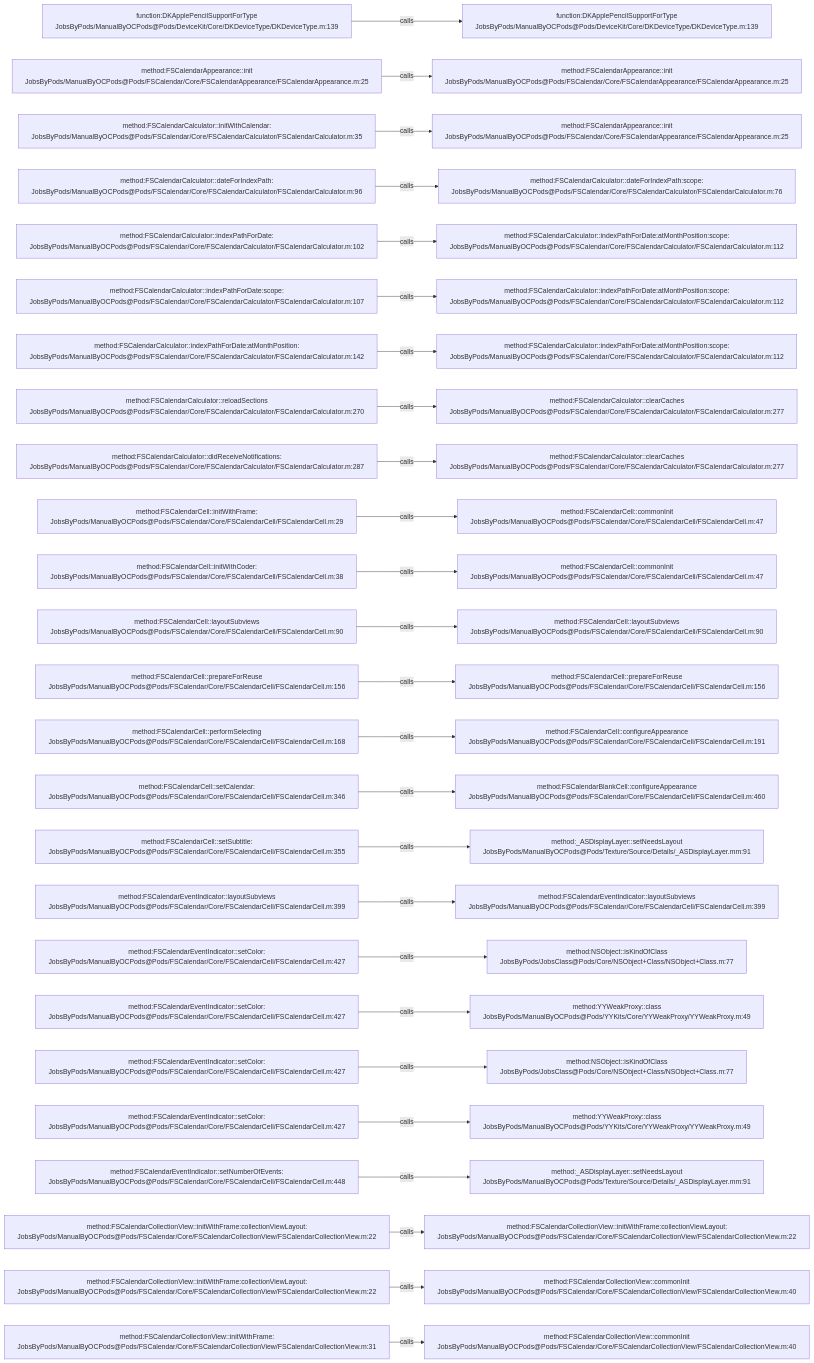
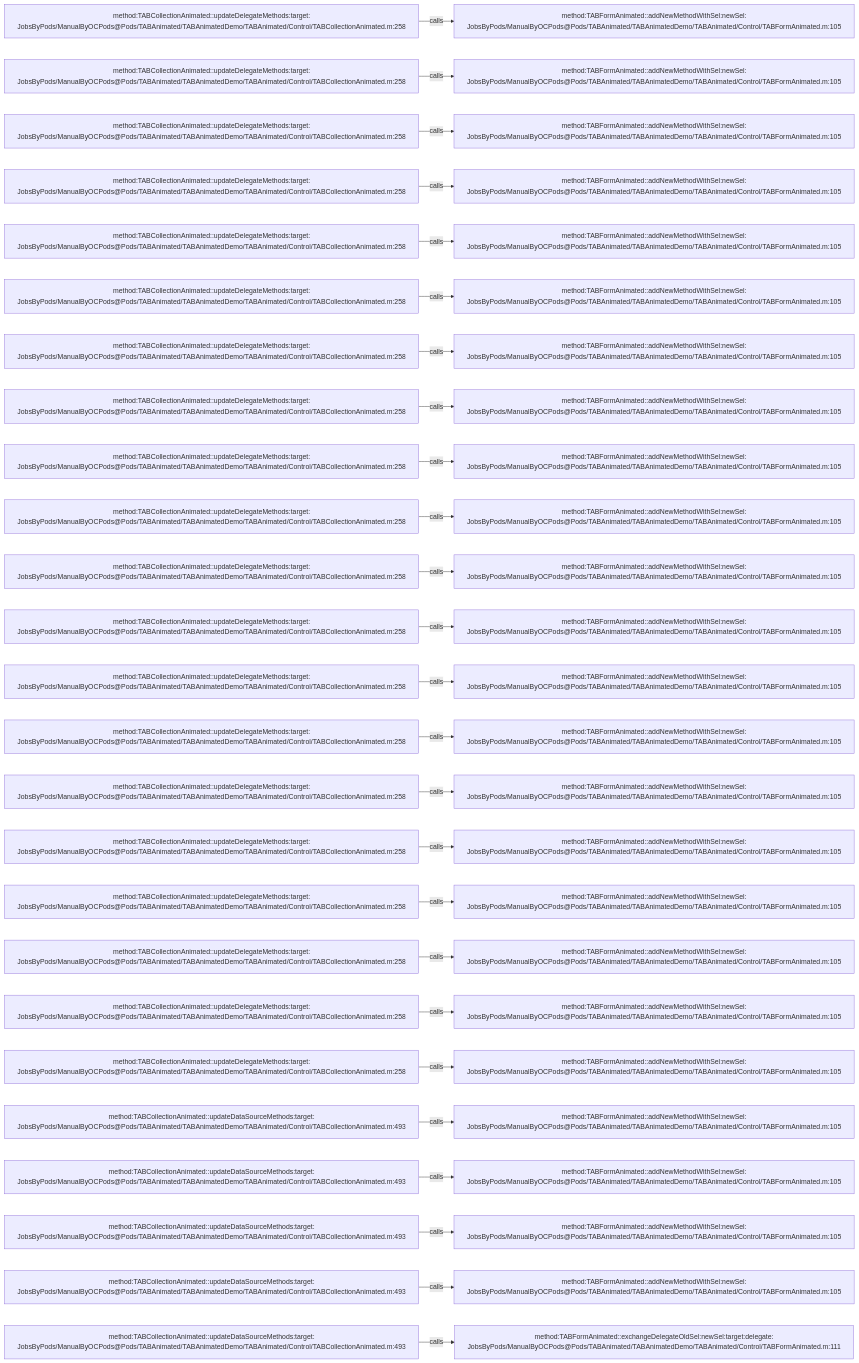
One commit to JobsKits/JobsOCBaseConfigDemo changed the diagram in .codegraph/codegraph.md/graphs/calls-015.md. Above: the diagram before and after it, drawn with Mermaid. The commit also changed 1448 other files, not shown here.

````diff
--- a/.codegraph/codegraph.md/graphs/calls-015.md
+++ b/.codegraph/codegraph.md/graphs/calls-015.md
@@ -13,78 +13,78 @@
 ```mermaid
 flowchart LR
-  S1["function:DKApplePencilSupportForType<br/>JobsByPods/ManualByOCPods@Pods/DeviceKit/Core/DKDeviceType/DKDeviceType.m:139"]
-  T1["function:DKApplePencilSupportForType<br/>JobsByPods/ManualByOCPods@Pods/DeviceKit/Core/DKDeviceType/DKDeviceType.m:139"]
+  S1["method:TABCollectionAnimated::updateDelegateMethods:target:<br/>JobsByPods/ManualByOCPods@Pods/TABAnimated/TABAnimatedDemo/TABAnimated/Control/TABCollectionAnimated.m:258"]
+  T1["method:TABFormAnimated::addNewMethodWithSel:newSel:<br/>JobsByPods/ManualByOCPods@Pods/TABAnimated/TABAnimatedDemo/TABAnimated/Control/TABFormAnimated.m:105"]
   S1 -->|calls| T1
-  S2["method:FSCalendarAppearance::init<br/>JobsByPods/ManualByOCPods@Pods/FSCalendar/Core/FSCalendarAppearance/FSCalendarAppearance.m:25"]
-  T2["method:FSCalendarAppearance::init<br/>JobsByPods/ManualByOCPods@Pods/FSCalendar/Core/FSCalendarAppearance/FSCalendarAppearance.m:25"]
+  S2["method:TABCollectionAnimated::updateDelegateMethods:target:<br/>JobsByPods/ManualByOCPods@Pods/TABAnimated/TABAnimatedDemo/TABAnimated/Control/TABCollectionAnimated.m:258"]
+  T2["method:TABFormAnimated::addNewMethodWithSel:newSel:<br/>JobsByPods/ManualByOCPods@Pods/TABAnimated/TABAnimatedDemo/TABAnimated/Control/TABFormAnimated.m:105"]
   S2 -->|calls| T2
-  S3["method:FSCalendarCalculator::initWithCalendar:<br/>JobsByPods/ManualByOCPods@Pods/FSCalendar/Core/FSCalendarCalculator/FSCalendarCalculator.m:35"]
-  T3["method:FSCalendarAppearance::init<br/>JobsByPods/ManualByOCPods@Pods/FSCalendar/Core/FSCalendarAppearance/FSCalendarAppearance.m:25"]
+  S3["method:TABCollectionAnimated::updateDelegateMethods:target:<br/>JobsByPods/ManualByOCPods@Pods/TABAnimated/TABAnimatedDemo/TABAnimated/Control/TABCollectionAnimated.m:258"]
+  T3["method:TABFormAnimated::addNewMethodWithSel:newSel:<br/>JobsByPods/ManualByOCPods@Pods/TABAnimated/TABAnimatedDemo/TABAnimated/Control/TABFormAnimated.m:105"]
   S3 -->|calls| T3
-  S4["method:FSCalendarCalculator::dateForIndexPath:<br/>JobsByPods/ManualByOCPods@Pods/FSCalendar/Core/FSCalendarCalculator/FSCalendarCalculator.m:96"]
-  T4["method:FSCalendarCalculator::dateForIndexPath:scope:<br/>JobsByPods/ManualByOCPods@Pods/FSCalendar/Core/FSCalendarCalculator/FSCalendarCalculator.m:76"]
+  S4["method:TABCollectionAnimated::updateDelegateMethods:target:<br/>JobsByPods/ManualByOCPods@Pods/TABAnimated/TABAnimatedDemo/TABAnimated/Control/TABCollectionAnimated.m:258"]
+  T4["method:TABFormAnimated::addNewMethodWithSel:newSel:<br/>JobsByPods/ManualByOCPods@Pods/TABAnimated/TABAnimatedDemo/TABAnimated/Control/TABFormAnimated.m:105"]
   S4 -->|calls| T4
-  S5["method:FSCalendarCalculator::indexPathForDate:<br/>JobsByPods/ManualByOCPods@Pods/FSCalendar/Core/FSCalendarCalculator/FSCalendarCalculator.m:102"]
-  T5["method:FSCalendarCalculator::indexPathForDate:atMonthPosition:scope:<br/>JobsByPods/ManualByOCPods@Pods/FSCalendar/Core/FSCalendarCalculator/FSCalendarCalculator.m:112"]
+  S5["method:TABCollectionAnimated::updateDelegateMethods:target:<br/>JobsByPods/ManualByOCPods@Pods/TABAnimated/TABAnimatedDemo/TABAnimated/Control/TABCollectionAnimated.m:258"]
+  T5["method:TABFormAnimated::addNewMethodWithSel:newSel:<br/>JobsByPods/ManualByOCPods@Pods/TABAnimated/TABAnimatedDemo/TABAnimated/Control/TABFormAnimated.m:105"]
   S5 -->|calls| T5
-  S6["method:FSCalendarCalculator::indexPathForDate:scope:<br/>JobsByPods/ManualByOCPods@Pods/FSCalendar/Core/FSCalendarCalculator/FSCalendarCalculator.m:107"]
-  T6["method:FSCalendarCalculator::indexPathForDate:atMonthPosition:scope:<br/>JobsByPods/ManualByOCPods@Pods/FSCalendar/Core/FSCalendarCalculator/FSCalendarCalculator.m:112"]
+  S6["method:TABCollectionAnimated::updateDelegateMethods:target:<br/>JobsByPods/ManualByOCPods@Pods/TABAnimated/TABAnimatedDemo/TABAnimated/Control/TABCollectionAnimated.m:258"]
+  T6["method:TABFormAnimated::addNewMethodWithSel:newSel:<br/>JobsByPods/ManualByOCPods@Pods/TABAnimated/TABAnimatedDemo/TABAnimated/Control/TABFormAnimated.m:105"]
   S6 -->|calls| T6
-  S7["method:FSCalendarCalculator::indexPathForDate:atMonthPosition:<br/>JobsByPods/ManualByOCPods@Pods/FSCalendar/Core/FSCalendarCalculator/FSCalendarCalculator.m:142"]
-  T7["method:FSCalendarCalculator::indexPathForDate:atMonthPosition:scope:<br/>JobsByPods/ManualByOCPods@Pods/FSCalendar/Core/FSCalendarCalculator/FSCalendarCalculator.m:112"]
+  S7["method:TABCollectionAnimated::updateDelegateMethods:target:<br/>JobsByPods/ManualByOCPods@Pods/TABAnimated/TABAnimatedDemo/TABAnimated/Control/TABCollectionAnimated.m:258"]
+  T7["method:TABFormAnimated::addNewMethodWithSel:newSel:<br/>JobsByPods/ManualByOCPods@Pods/TABAnimated/TABAnimatedDemo/TABAnimated/Control/TABFormAnimated.m:105"]
   S7 -->|calls| T7
-  S8["method:FSCalendarCalculator::reloadSections<br/>JobsByPods/ManualByOCPods@Pods/FSCalendar/Core/FSCalendarCalculator/FSCalendarCalculator.m:270"]
-  T8["method:FSCalendarCalculator::clearCaches<br/>JobsByPods/ManualByOCPods@Pods/FSCalendar/Core/FSCalendarCalculator/FSCalendarCalculator.m:277"]
+  S8["method:TABCollectionAnimated::updateDelegateMethods:target:<br/>JobsByPods/ManualByOCPods@Pods/TABAnimated/TABAnimatedDemo/TABAnimated/Control/TABCollectionAnimated.m:258"]
+  T8["method:TABFormAnimated::addNewMethodWithSel:newSel:<br/>JobsByPods/ManualByOCPods@Pods/TABAnimated/TABAnimatedDemo/TABAnimated/Control/TABFormAnimated.m:105"]
   S8 -->|calls| T8
-  S9["method:FSCalendarCalculator::didReceiveNotifications:<br/>JobsByPods/ManualByOCPods@Pods/FSCalendar/Core/FSCalendarCalculator/FSCalendarCalculator.m:287"]
-  T9["method:FSCalendarCalculator::clearCaches<br/>JobsByPods/ManualByOCPods@Pods/FSCalendar/Core/FSCalendarCalculator/FSCalendarCalculator.m:277"]
+  S9["method:TABCollectionAnimated::updateDelegateMethods:target:<br/>JobsByPods/ManualByOCPods@Pods/TABAnimated/TABAnimatedDemo/TABAnimated/Control/TABCollectionAnimated.m:258"]
+  T9["method:TABFormAnimated::addNewMethodWithSel:newSel:<br/>JobsByPods/ManualByOCPods@Pods/TABAnimated/TABAnimatedDemo/TABAnimated/Control/TABFormAnimated.m:105"]
   S9 -->|calls| T9
-  S10["method:FSCalendarCell::initWithFrame:<br/>JobsByPods/ManualByOCPods@Pods/FSCalendar/Core/FSCalendarCell/FSCalendarCell.m:29"]
-  T10["method:FSCalendarCell::commonInit<br/>JobsByPods/ManualByOCPods@Pods/FSCalendar/Core/FSCalendarCell/FSCalendarCell.m:47"]
+  S10["method:TABCollectionAnimated::updateDelegateMethods:target:<br/>JobsByPods/ManualByOCPods@Pods/TABAnimated/TABAnimatedDemo/TABAnimated/Control/TABCollectionAnimated.m:258"]
+  T10["method:TABFormAnimated::addNewMethodWithSel:newSel:<br/>JobsByPods/ManualByOCPods@Pods/TABAnimated/TABAnimatedDemo/TABAnimated/Control/TABFormAnimated.m:105"]
   S10 -->|calls| T10
-  S11["method:FSCalendarCell::initWithCoder:<br/>JobsByPods/ManualByOCPods@Pods/FSCalendar/Core/FSCalendarCell/FSCalendarCell.m:38"]
-  T11["method:FSCalendarCell::commonInit<br/>JobsByPods/ManualByOCPods@Pods/FSCalendar/Core/FSCalendarCell/FSCalendarCell.m:47"]
+  S11["method:TABCollectionAnimated::updateDelegateMethods:target:<br/>JobsByPods/ManualByOCPods@Pods/TABAnimated/TABAnimatedDemo/TABAnimated/Control/TABCollectionAnimated.m:258"]
+  T11["method:TABFormAnimated::addNewMethodWithSel:newSel:<br/>JobsByPods/ManualByOCPods@Pods/TABAnimated/TABAnimatedDemo/TABAnimated/Control/TABFormAnimated.m:105"]
   S11 -->|calls| T11
-  S12["method:FSCalendarCell::layoutSubviews<br/>JobsByPods/ManualByOCPods@Pods/FSCalendar/Core/FSCalendarCell/FSCalendarCell.m:90"]
-  T12["method:FSCalendarCell::layoutSubviews<br/>JobsByPods/ManualByOCPods@Pods/FSCalendar/Core/FSCalendarCell/FSCalendarCell.m:90"]
+  S12["method:TABCollectionAnimated::updateDelegateMethods:target:<br/>JobsByPods/ManualByOCPods@Pods/TABAnimated/TABAnimatedDemo/TABAnimated/Control/TABCollectionAnimated.m:258"]
+  T12["method:TABFormAnimated::addNewMethodWithSel:newSel:<br/>JobsByPods/ManualByOCPods@Pods/TABAnimated/TABAnimatedDemo/TABAnimated/Control/TABFormAnimated.m:105"]
   S12 -->|calls| T12
-  S13["method:FSCalendarCell::prepareForReuse<br/>JobsByPods/ManualByOCPods@Pods/FSCalendar/Core/FSCalendarCell/FSCalendarCell.m:156"]
-  T13["method:FSCalendarCell::prepareForReuse<br/>JobsByPods/ManualByOCPods@Pods/FSCalendar/Core/FSCalendarCell/FSCalendarCell.m:156"]
+  S13["method:TABCollectionAnimated::updateDelegateMethods:target:<br/>JobsByPods/ManualByOCPods@Pods/TABAnimated/TABAnimatedDemo/TABAnimated/Control/TABCollectionAnimated.m:258"]
+  T13["method:TABFormAnimated::addNewMethodWithSel:newSel:<br/>JobsByPods/ManualByOCPods@Pods/TABAnimated/TABAnimatedDemo/TABAnimated/Control/TABFormAnimated.m:105"]
   S13 -->|calls| T13
-  S14["method:FSCalendarCell::performSelecting<br/>JobsByPods/ManualByOCPods@Pods/FSCalendar/Core/FSCalendarCell/FSCalendarCell.m:168"]
-  T14["method:FSCalendarCell::configureAppearance<br/>JobsByPods/ManualByOCPods@Pods/FSCalendar/Core/FSCalendarCell/FSCalendarCell.m:191"]
+  S14["method:TABCollectionAnimated::updateDelegateMethods:target:<br/>JobsByPods/ManualByOCPods@Pods/TABAnimated/TABAnimatedDemo/TABAnimated/Control/TABCollectionAnimated.m:258"]
+  T14["method:TABFormAnimated::addNewMethodWithSel:newSel:<br/>JobsByPods/ManualByOCPods@Pods/TABAnimated/TABAnimatedDemo/TABAnimated/Control/TABFormAnimated.m:105"]
   S14 -->|calls| T14
-  S15["method:FSCalendarCell::setCalendar:<br/>JobsByPods/ManualByOCPods@Pods/FSCalendar/Core/FSCalendarCell/FSCalendarCell.m:346"]
-  T15["method:FSCalendarBlankCell::configureAppearance<br/>JobsByPods/ManualByOCPods@Pods/FSCalendar/Core/FSCalendarCell/FSCalendarCell.m:460"]
+  S15["method:TABCollectionAnimated::updateDelegateMethods:target:<br/>JobsByPods/ManualByOCPods@Pods/TABAnimated/TABAnimatedDemo/TABAnimated/Control/TABCollectionAnimated.m:258"]
+  T15["method:TABFormAnimated::addNewMethodWithSel:newSel:<br/>JobsByPods/ManualByOCPods@Pods/TABAnimated/TABAnimatedDemo/TABAnimated/Control/TABFormAnimated.m:105"]
   S15 -->|calls| T15
-  S16["method:FSCalendarCell::setSubtitle:<br/>JobsByPods/ManualByOCPods@Pods/FSCalendar/Core/FSCalendarCell/FSCalendarCell.m:355"]
-  T16["method:_ASDisplayLayer::setNeedsLayout<br/>JobsByPods/ManualByOCPods@Pods/Texture/Source/Details/_ASDisplayLayer.mm:91"]
+  S16["method:TABCollectionAnimated::updateDelegateMethods:target:<br/>JobsByPods/ManualByOCPods@Pods/TABAnimated/TABAnimatedDemo/TABAnimated/Control/TABCollectionAnimated.m:258"]
+  T16["method:TABFormAnimated::addNewMethodWithSel:newSel:<br/>JobsByPods/ManualByOCPods@Pods/TABAnimated/TABAnimatedDemo/TABAnimated/Control/TABFormAnimated.m:105"]
   S16 -->|calls| T16
-  S17["method:FSCalendarEventIndicator::layoutSubviews<br/>JobsByPods/ManualByOCPods@Pods/FSCalendar/Core/FSCalendarCell/FSCalendarCell.m:399"]
-  T17["method:FSCalendarEventIndicator::layoutSubviews<br/>JobsByPods/ManualByOCPods@Pods/FSCalendar/Core/FSCalendarCell/FSCalendarCell.m:399"]
+  S17["method:TABCollectionAnimated::updateDelegateMethods:target:<br/>JobsByPods/ManualByOCPods@Pods/TABAnimated/TABAnimatedDemo/TABAnimated/Control/TABCollectionAnimated.m:258"]
+  T17["method:TABFormAnimated::addNewMethodWithSel:newSel:<br/>JobsByPods/ManualByOCPods@Pods/TABAnimated/TABAnimatedDemo/TABAnimated/Control/TABFormAnimated.m:105"]
   S17 -->|calls| T17
-  S18["method:FSCalendarEventIndicator::setColor:<br/>JobsByPods/ManualByOCPods@Pods/FSCalendar/Core/FSCalendarCell/FSCalendarCell.m:427"]
-  T18["method:NSObject::isKindOfClass<br/>JobsByPods/JobsClass@Pods/Core/NSObject+Class/NSObject+Class.m:77"]
+  S18["method:TABCollectionAnimated::updateDelegateMethods:target:<br/>JobsByPods/ManualByOCPods@Pods/TABAnimated/TABAnimatedDemo/TABAnimated/Control/TABCollectionAnimated.m:258"]
+  T18["method:TABFormAnimated::addNewMethodWithSel:newSel:<br/>JobsByPods/ManualByOCPods@Pods/TABAnimated/TABAnimatedDemo/TABAnimated/Control/TABFormAnimated.m:105"]
   S18 -->|calls| T18
-  S19["method:FSCalendarEventIndicator::setColor:<br/>JobsByPods/ManualByOCPods@Pods/FSCalendar/Core/FSCalendarCell/FSCalendarCell.m:427"]
-  T19["method:YYWeakProxy::class<br/>JobsByPods/ManualByOCPods@Pods/YYKits/Core/YYWeakProxy/YYWeakProxy.m:49"]
+  S19["method:TABCollectionAnimated::updateDelegateMethods:target:<br/>JobsByPods/ManualByOCPods@Pods/TABAnimated/TABAnimatedDemo/TABAnimated/Control/TABCollectionAnimated.m:258"]
+  T19["method:TABFormAnimated::addNewMethodWithSel:newSel:<br/>JobsByPods/ManualByOCPods@Pods/TABAnimated/TABAnimatedDemo/TABAnimated/Control/TABFormAnimated.m:105"]
   S19 -->|calls| T19
-  S20["method:FSCalendarEventIndicator::setColor:<br/>JobsByPods/ManualByOCPods@Pods/FSCalendar/Core/FSCalendarCell/FSCalendarCell.m:427"]
-  T20["method:NSObject::isKindOfClass<br/>JobsByPods/JobsClass@Pods/Core/NSObject+Class/NSObject+Class.m:77"]
+  S20["method:TABCollectionAnimated::updateDelegateMethods:target:<br/>JobsByPods/ManualByOCPods@Pods/TABAnimated/TABAnimatedDemo/TABAnimated/Control/TABCollectionAnimated.m:258"]
+  T20["method:TABFormAnimated::addNewMethodWithSel:newSel:<br/>JobsByPods/ManualByOCPods@Pods/TABAnimated/TABAnimatedDemo/TABAnimated/Control/TABFormAnimated.m:105"]
   S20 -->|calls| T20
-  S21["method:FSCalendarEventIndicator::setColor:<br/>JobsByPods/ManualByOCPods@Pods/FSCalendar/Core/FSCalendarCell/FSCalendarCell.m:427"]
-  T21["method:YYWeakProxy::class<br/>JobsByPods/ManualByOCPods@Pods/YYKits/Core/YYWeakProxy/YYWeakProxy.m:49"]
+  S21["method:TABCollectionAnimated::updateDataSourceMethods:target:<br/>JobsByPods/ManualByOCPods@Pods/TABAnimated/TABAnimatedDemo/TABAnimated/Control/TABCollectionAnimated.m:493"]
+  T21["method:TABFormAnimated::addNewMethodWithSel:newSel:<br/>JobsByPods/ManualByOCPods@Pods/TABAnimated/TABAnimatedDemo/TABAnimated/Control/TABFormAnimated.m:105"]
   S21 -->|calls| T21
-  S22["method:FSCalendarEventIndicator::setNumberOfEvents:<br/>JobsByPods/ManualByOCPods@Pods/FSCalendar/Core/FSCalendarCell/FSCalendarCell.m:448"]
-  T22["method:_ASDisplayLayer::setNeedsLayout<br/>JobsByPods/ManualByOCPods@Pods/Texture/Source/Details/_ASDisplayLayer.mm:91"]
+  S22["method:TABCollectionAnimated::updateDataSourceMethods:target:<br/>JobsByPods/ManualByOCPods@Pods/TABAnimated/TABAnimatedDemo/TABAnimated/Control/TABCollectionAnimated.m:493"]
+  T22["method:TABFormAnimated::addNewMethodWithSel:newSel:<br/>JobsByPods/ManualByOCPods@Pods/TABAnimated/TABAnimatedDemo/TABAnimated/Control/TABFormAnimated.m:105"]
   S22 -->|calls| T22
-  S23["method:FSCalendarCollectionView::initWithFrame:collectionViewLayout:<br/>JobsByPods/ManualByOCPods@Pods/FSCalendar/Core/FSCalendarCollectionView/FSCalendarCollectionView.m:22"]
-  T23["method:FSCalendarCollectionView::initWithFrame:collectionViewLayout:<br/>JobsByPods/ManualByOCPods@Pods/FSCalendar/Core/FSCalendarCollectionView/FSCalendarCollectionView.m:22"]
+  S23["method:TABCollectionAnimated::updateDataSourceMethods:target:<br/>JobsByPods/ManualByOCPods@Pods/TABAnimated/TABAnimatedDemo/TABAnimated/Control/TABCollectionAnimated.m:493"]
+  T23["method:TABFormAnimated::addNewMethodWithSel:newSel:<br/>JobsByPods/ManualByOCPods@Pods/TABAnimated/TABAnimatedDemo/TABAnimated/Control/TABFormAnimated.m:105"]
   S23 -->|calls| T23
-  S24["method:FSCalendarCollectionView::initWithFrame:collectionViewLayout:<br/>JobsByPods/ManualByOCPods@Pods/FSCalendar/Core/FSCalendarCollectionView/FSCalendarCollectionView.m:22"]
-  T24["method:FSCalendarCollectionView::commonInit<br/>JobsByPods/ManualByOCPods@Pods/FSCalendar/Core/FSCalendarCollectionView/FSCalendarCollectionView.m:40"]
+  S24["method:TABCollectionAnimated::updateDataSourceMethods:target:<br/>JobsByPods/ManualByOCPods@Pods/TABAnimated/TABAnimatedDemo/TABAnimated/Control/TABCollectionAnimated.m:493"]
+  T24["method:TABFormAnimated::addNewMethodWithSel:newSel:<br/>JobsByPods/ManualByOCPods@Pods/TABAnimated/TABAnimatedDemo/TABAnimated/Control/TABFormAnimated.m:105"]
   S24 -->|calls| T24
-  S25["method:FSCalendarCollectionView::initWithFrame:<br/>JobsByPods/ManualByOCPods@Pods/FSCalendar/Core/FSCalendarCollectionView/FSCalendarCollectionView.m:31"]
-  T25["method:FSCalendarCollectionView::commonInit<br/>JobsByPods/ManualByOCPods@Pods/FSCalendar/Core/FSCalendarCollectionView/FSCalendarCollectionView.m:40"]
+  S25["method:TABCollectionAnimated::updateDataSourceMethods:target:<br/>JobsByPods/ManualByOCPods@Pods/TABAnimated/TABAnimatedDemo/TABAnimated/Control/TABCollectionAnimated.m:493"]
+  T25["method:TABFormAnimated::exchangeDelegateOldSel:newSel:target:delegate:<br/>JobsByPods/ManualByOCPods@Pods/TABAnimated/TABAnimatedDemo/TABAnimated/Control/TABFormAnimated.m:111"]
   S25 -->|calls| T25
 ```
````
